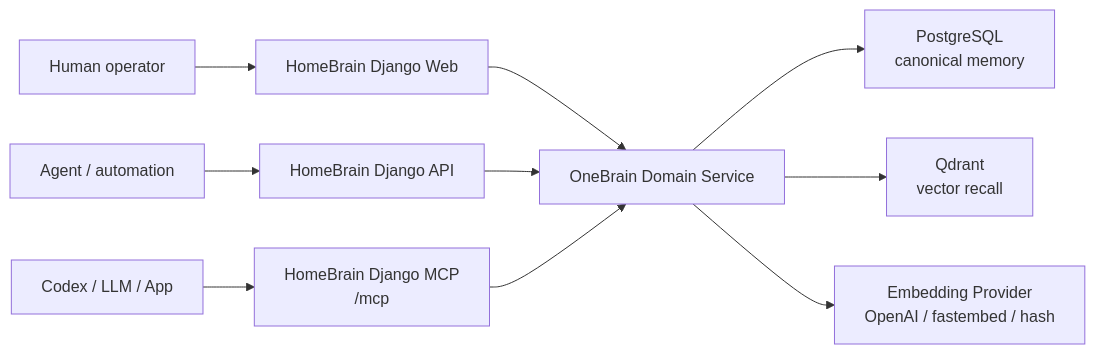
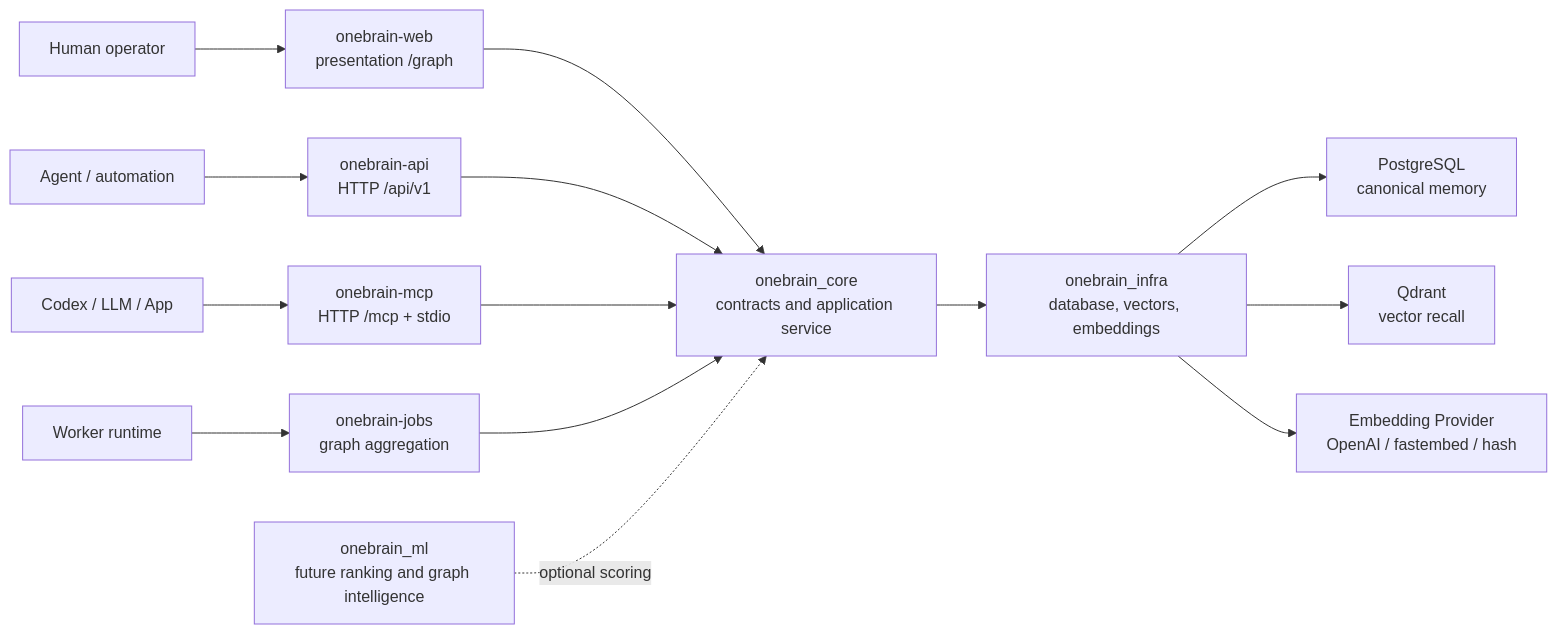
One commit to viamus/one-brain changed the first of 3 diagrams in README.md. Above: the diagram before and after it, drawn with Mermaid. The commit also changed other lines of this file and 73 other files, not shown here.

Commit message:
Split OneBrain service boundaries

````diff
--- a/README.md
+++ b/README.md
@@ -23,12 +24,16 @@
 ```mermaid
 flowchart LR
-    Client["Codex / LLM / App"] --> MCP["HomeBrain Django MCP<br/>/mcp"]
-    Human["Human operator"] --> Web["HomeBrain Django Web"]
-    Integrator["Agent / automation"] --> API["HomeBrain Django API"]
-    Web --> Service["OneBrain Domain Service"]
-    API --> Service
-    MCP --> Service
-    Service --> Postgres["PostgreSQL<br/>canonical memory"]
-    Service --> Qdrant["Qdrant<br/>vector recall"]
-    Service --> Embed["Embedding Provider<br/>OpenAI / fastembed / hash"]
+    Client["Codex / LLM / App"] --> MCP["onebrain-mcp<br/>HTTP /mcp + stdio"]
+    Human["Human operator"] --> Web["onebrain-web<br/>presentation /graph"]
+    Integrator["Agent / automation"] --> API["onebrain-api<br/>HTTP /api/v1"]
+    Scheduler["Worker runtime"] --> Jobs["onebrain-jobs<br/>graph aggregation"]
+    Web --> Core["onebrain_core<br/>contracts and application service"]
+    API --> Core
+    MCP --> Core
+    Jobs --> Core
+    Core --> Infra["onebrain_infra<br/>database, vectors, embeddings"]
+    Infra --> Postgres["PostgreSQL<br/>canonical memory"]
+    Infra --> Qdrant["Qdrant<br/>vector recall"]
+    Infra --> Embed["Embedding Provider<br/>OpenAI / fastembed / hash"]
+    ML["onebrain_ml<br/>future ranking and graph intelligence"] -. optional scoring .-> Core
 ```
````
